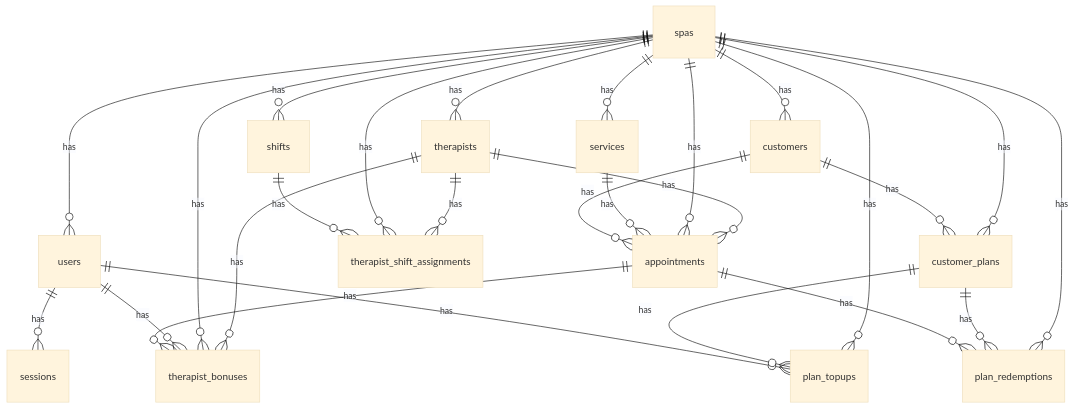
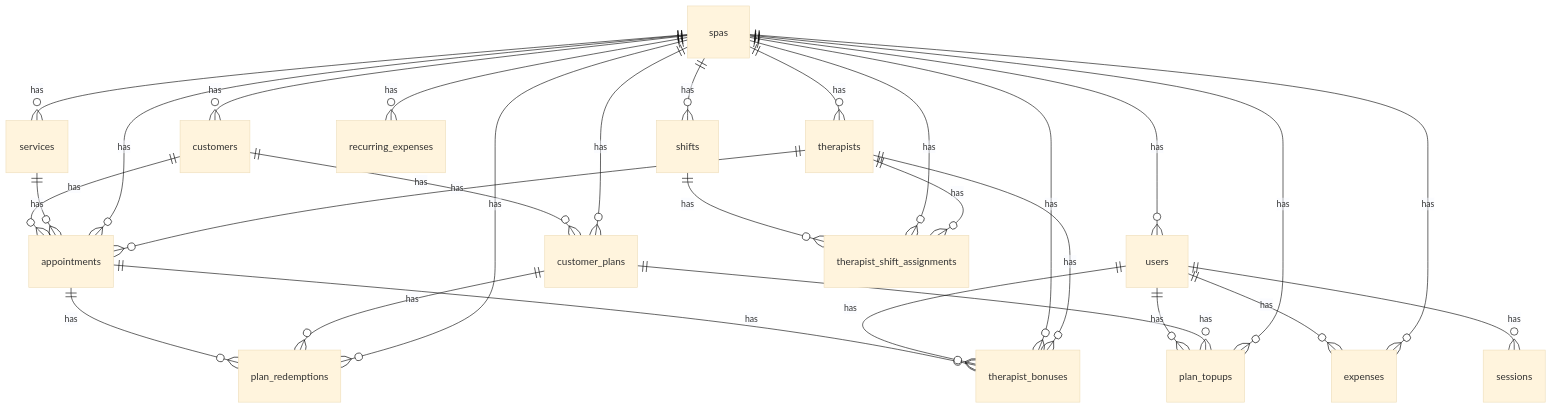
One commit to ashfaq11/management-backend changed the diagram in docs/schema.md. Above: the diagram before and after it, drawn with Mermaid (base theme). The commit also changed other lines of this file and 5 other files, not shown here.

````diff
--- a/docs/schema.md
+++ b/docs/schema.md
@@ -8,28 +8,31 @@
 ```mermaid
 erDiagram
   customers ||--o{ appointments : has
   services ||--o{ appointments : has
   spas ||--o{ appointments : has
   therapists ||--o{ appointments : has
   customers ||--o{ customer_plans : has
   spas ||--o{ customer_plans : has
   spas ||--o{ customers : has
+  users ||--o{ expenses : has
+  spas ||--o{ expenses : has
   appointments ||--o{ plan_redemptions : has
   customer_plans ||--o{ plan_redemptions : has
   spas ||--o{ plan_redemptions : has
   users ||--o{ plan_topups : has
   customer_plans ||--o{ plan_topups : has
   spas ||--o{ plan_topups : has
+  spas ||--o{ recurring_expenses : has
   spas ||--o{ services : has
   users ||--o{ sessions : has
   spas ||--o{ shifts : has
   appointments ||--o{ therapist_bonuses : has
   users ||--o{ therapist_bonuses : has
   spas ||--o{ therapist_bonuses : has
   therapists ||--o{ therapist_bonuses : has
   shifts ||--o{ therapist_shift_assignments : has
   spas ||--o{ therapist_shift_assignments : has
   therapists ||--o{ therapist_shift_assignments : has
   spas ||--o{ therapists : has
   spas ||--o{ users : has
 ```
````
